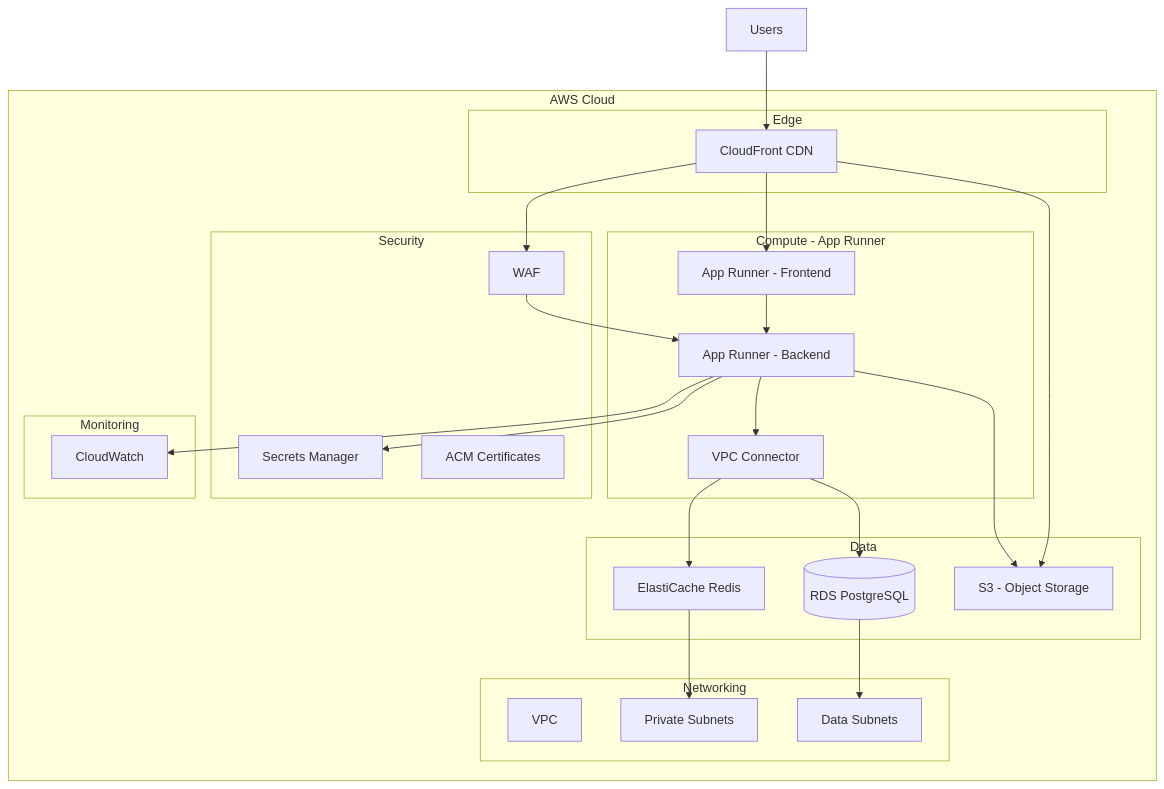
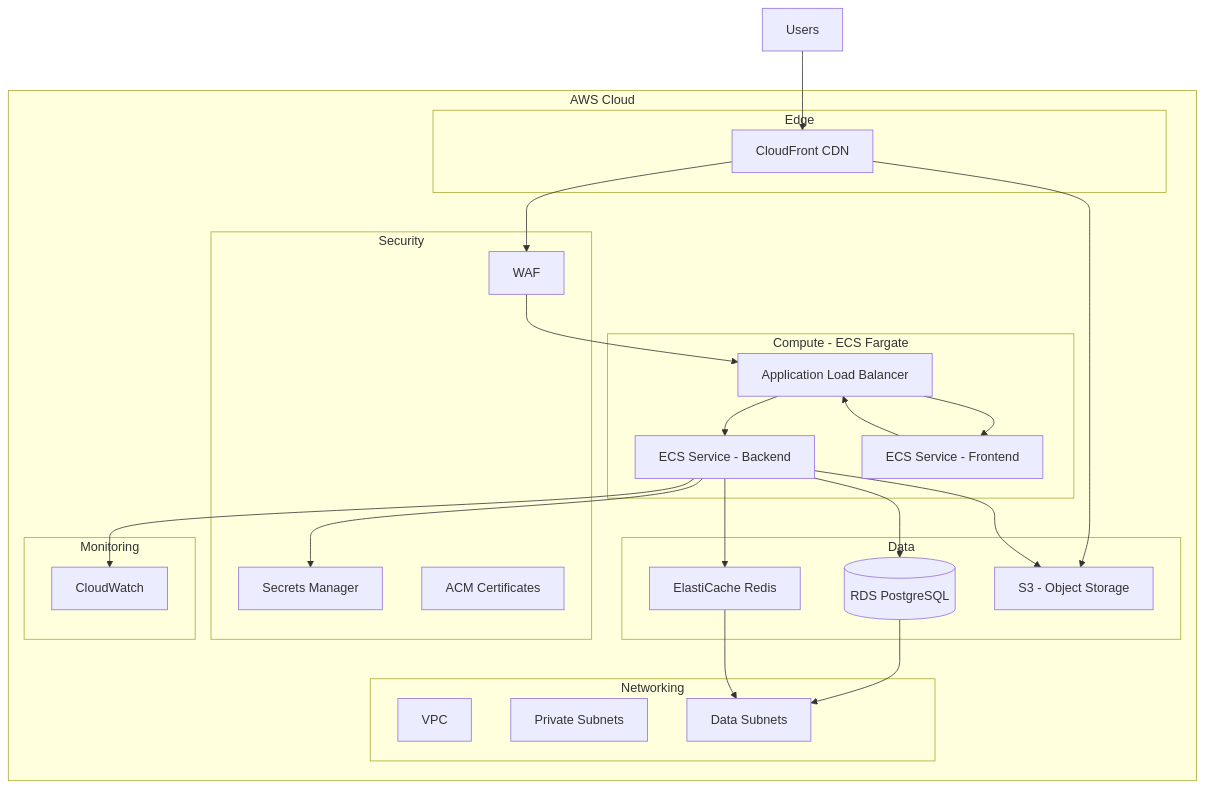
The first of 3 diagrams in .kiro/specs/aws-infrastructure-deployment/design.md (JAVegaG/PuenteHogar), drawn with Mermaid before and after one commit. The commit also changed other lines of this file and 2 other files, not shown here.

Commit message:
docs(specs): migrate compute layer from App Runner to ECS Fargate in all spec documents

````diff
--- a/.kiro/specs/aws-infrastructure-deployment/design.md
+++ b/.kiro/specs/aws-infrastructure-deployment/design.md
@@ -44,52 +44,52 @@
 ```mermaid
 graph TD
     subgraph "AWS Cloud"
         subgraph "Edge"
             CF[CloudFront CDN]
         end
 
-        subgraph "Compute - App Runner"
-            BE[App Runner - Backend]
-            FE[App Runner - Frontend]
-            VPCC[VPC Connector]
+        subgraph "Compute - ECS Fargate"
+            ALB[Application Load Balancer]
+            BE[ECS Service - Backend]
+            FE[ECS Service - Frontend]
         end
 
         subgraph "Data"
             RDS[(RDS PostgreSQL)]
             REDIS[ElastiCache Redis]
             S3[S3 - Object Storage]
         end
 
         subgraph "Networking"
             VPC[VPC]
             PRIV[Private Subnets]
             DATA[Data Subnets]
         end
 
         subgraph "Security"
             SM[Secrets Manager]
             WAF[WAF]
             ACM[ACM Certificates]
         end
 
         subgraph "Monitoring"
             CW[CloudWatch]
         end
     end
 
     USER[Users] --> CF
     CF --> WAF
-    WAF --> BE
-    CF --> FE
+    WAF --> ALB
+    ALB --> BE
+    ALB --> FE
     CF --> S3
-    BE --> VPCC
-    VPCC --> RDS
-    VPCC --> REDIS
+    BE --> RDS
+    BE --> REDIS
     BE --> S3
     BE --> SM
-    FE --> BE
+    FE --> ALB
     RDS --> DATA
-    REDIS --> PRIV
+    REDIS --> DATA
     BE --> CW
 
 ```
````
